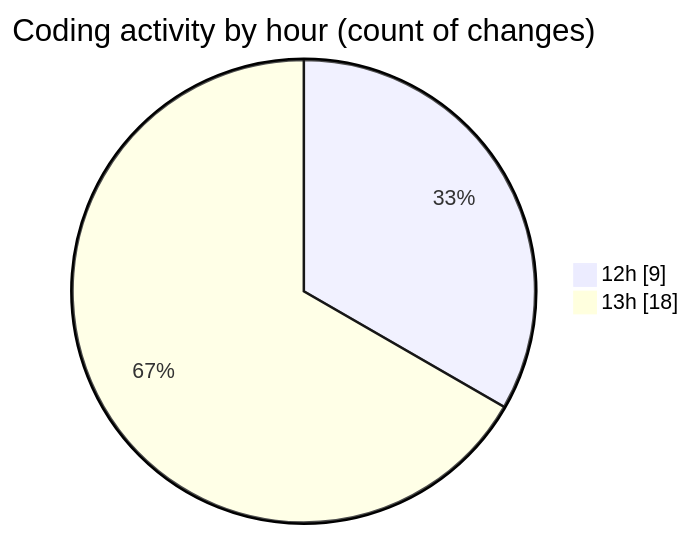
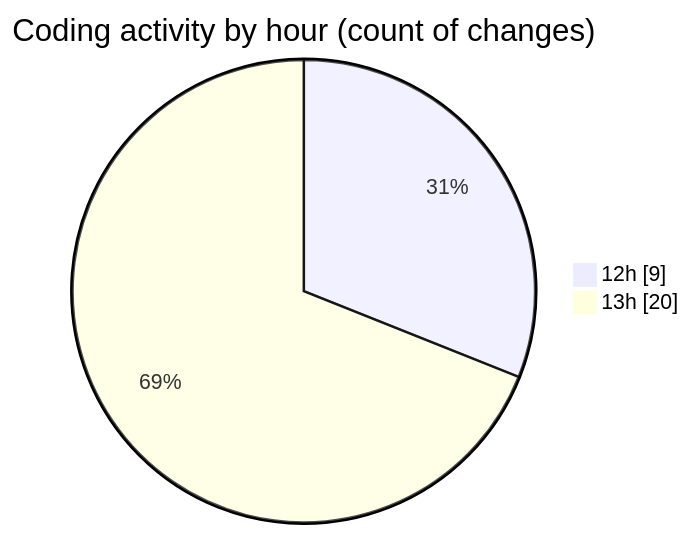
The second of 2 diagrams in 2026-10-25/taskforge/README.md (hasnaa123/code-tracking), drawn with Mermaid before and after one commit. The commit also changed other lines of this file and 1 other file, not shown here.

````diff
--- a/2026-10-25/taskforge/README.md
+++ b/2026-10-25/taskforge/README.md
@@ -29,6 +29,6 @@
 ```mermaid
 pie showData
 title Coding activity by hour (count of changes)
 "12h" : 9
-"13h" : 18
+"13h" : 20
 ```
````
